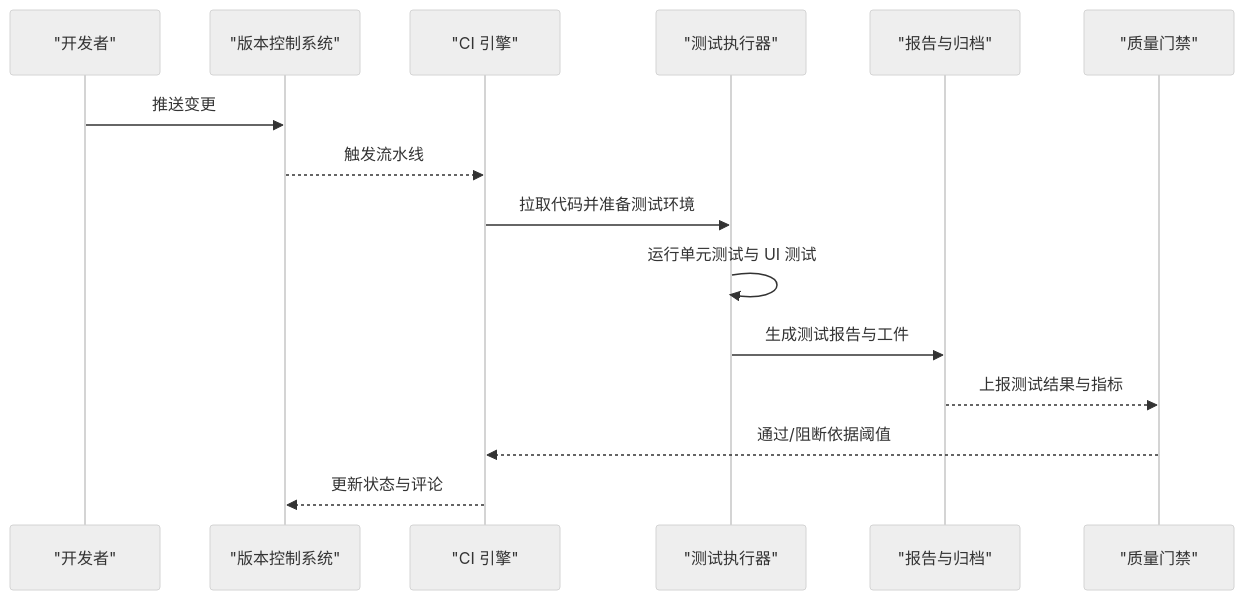
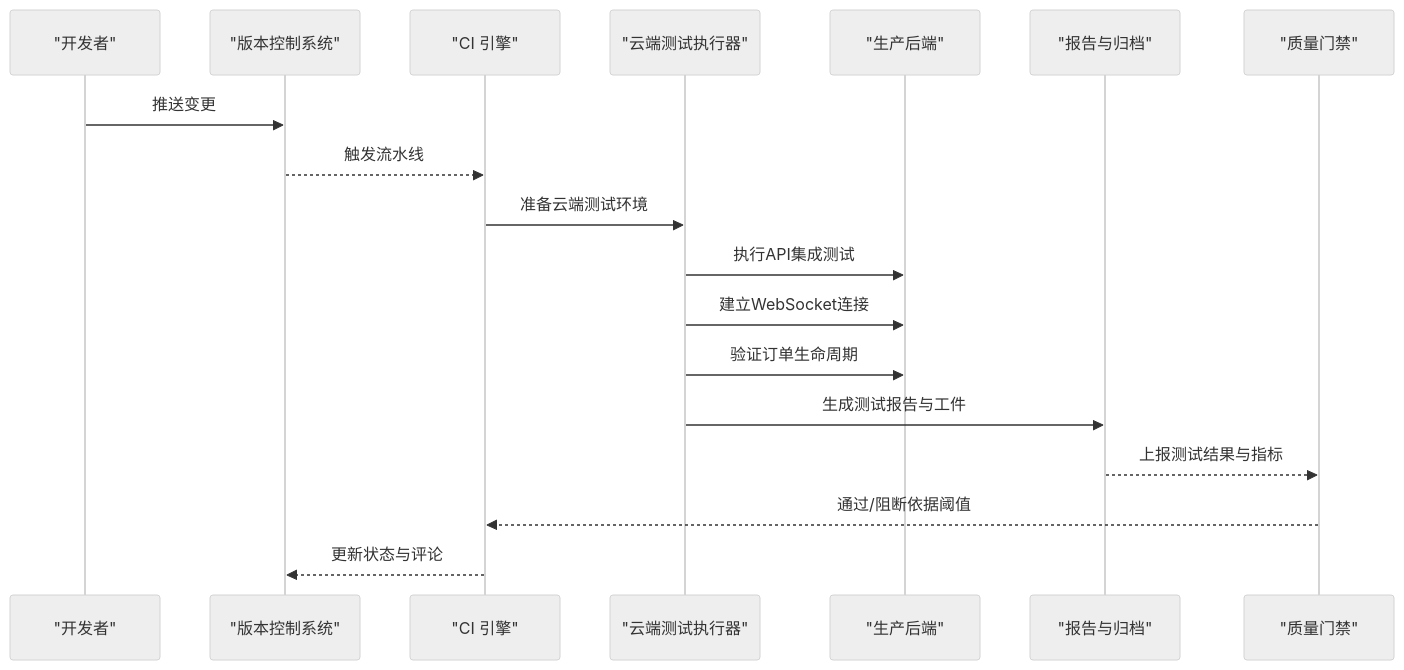
One commit to Jayden23018/blind-run-ios changed the second of 7 diagrams in .qoder/repowiki/zh/content/测试策略/测试自动化与持续集成.md. Above: the diagram before and after it, drawn with Mermaid (neutral theme). The commit also changed other lines of this file and 23 other files, not shown here.

Commit message:
Implement MVP booking and volunteer flow updates

````diff
--- a/.qoder/repowiki/zh/content/测试策略/测试自动化与持续集成.md
+++ b/.qoder/repowiki/zh/content/测试策略/测试自动化与持续集成.md
@@ -85,17 +91,20 @@
 ```mermaid
 sequenceDiagram
 participant Dev as "开发者"
 participant VCS as "版本控制系统"
 participant CI as "CI 引擎"
-participant Test as "测试执行器"
+participant CloudTest as "云端测试执行器"
+participant Backend as "生产后端"
 participant Report as "报告与归档"
 participant Gate as "质量门禁"
 Dev->>VCS : 推送变更
 VCS-->>CI : 触发流水线
-CI->>Test : 拉取代码并准备测试环境
-Test->>Test : 运行单元测试与 UI 测试
-Test->>Report : 生成测试报告与工件
+CI->>CloudTest : 准备云端测试环境
+CloudTest->>Backend : 执行API集成测试
+CloudTest->>Backend : 建立WebSocket连接
+CloudTest->>Backend : 验证订单生命周期
+CloudTest->>Report : 生成测试报告与工件
 Report-->>Gate : 上报测试结果与指标
 Gate-->>CI : 通过/阻断依据阈值
 CI-->>VCS : 更新状态与评论
 ```
````
